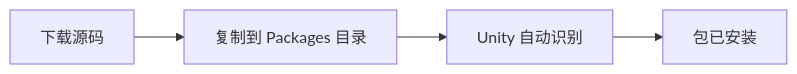
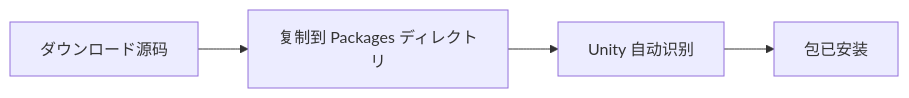
Before and after one commit to AlianBlank/GameFrameX.Docs: the second of 3 diagrams in docs/ja/client/unity/component/localization/02.installation.md, drawn with Mermaid. The commit also changed other lines of this file and 603 other files, not shown here.

````diff
--- a/docs/ja/client/unity/component/localization/02.installation.md
+++ b/docs/ja/client/unity/component/localization/02.installation.md
@@ -87,6 +87,6 @@
 ```mermaid
 flowchart LR
-    A[下载源码] --> B[复制到 Packages 目录]
+    A[ダウンロード源码] --> B[复制到 Packages ディレクトリ]
     B --> C[Unity 自动识别]
     C --> D[包已安装]
 ```
````
